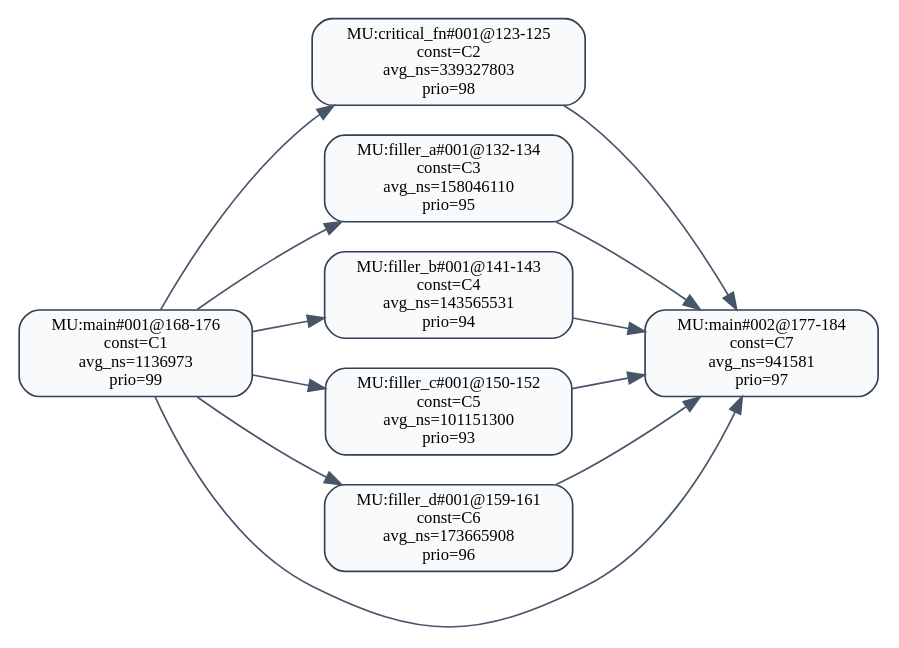
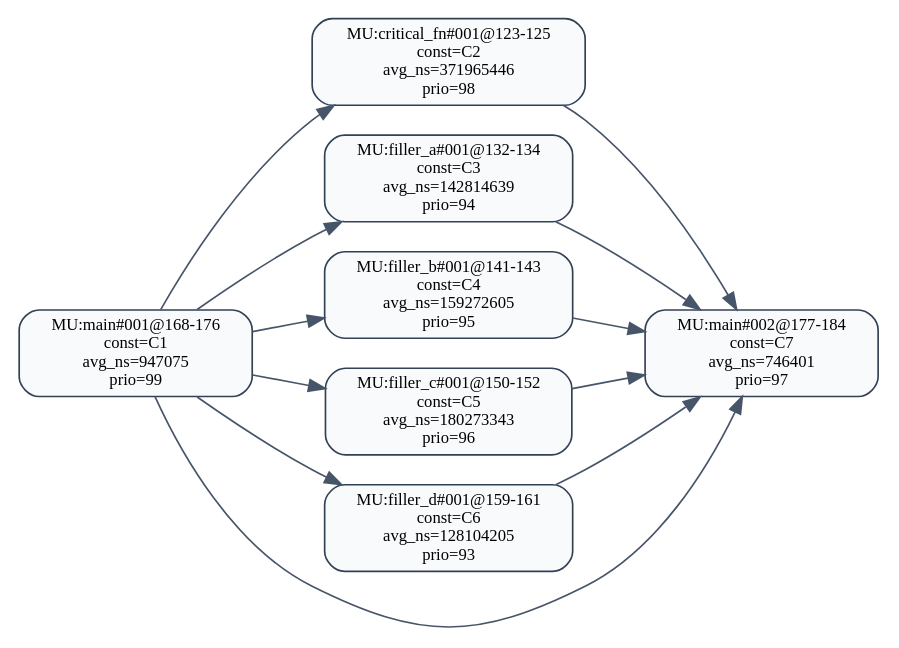
The diagram in 中间结果/zhang7/pipeline/validation/level2/effective_line_merge/zhao2020/dag_seg_annotated.dot (RTS-SYSU/DAG-Gen), drawn with Graphviz before and after one commit. The commit also changed 6291 other files, not shown here.

```diff
--- a/中间结果/zhang7/pipeline/validation/level2/effective_line_merge/zhao2020/dag_seg_annotated.dot
+++ b/中间结果/zhang7/pipeline/validation/level2/effective_line_merge/zhao2020/dag_seg_annotated.dot
@@ -1,23 +1,23 @@
 digraph dag_seg_annotated {
   rankdir=LR;
   node [shape=box, style="rounded,filled", fillcolor="#F8FAFC", color="#334155", fontsize=10];
   edge [color="#475569"];
-  "MU:critical_fn#001@123-125" [label="MU:critical_fn#001@123-125\nconst=C2\navg_ns=339327803\nprio=98"];
-  "MU:filler_a#001@132-134" [label="MU:filler_a#001@132-134\nconst=C3\navg_ns=158046110\nprio=95"];
-  "MU:filler_b#001@141-143" [label="MU:filler_b#001@141-143\nconst=C4\navg_ns=143565531\nprio=94"];
-  "MU:filler_c#001@150-152" [label="MU:filler_c#001@150-152\nconst=C5\navg_ns=101151300\nprio=93"];
-  "MU:filler_d#001@159-161" [label="MU:filler_d#001@159-161\nconst=C6\navg_ns=173665908\nprio=96"];
-  "MU:main#001@168-176" [label="MU:main#001@168-176\nconst=C1\navg_ns=1136973\nprio=99"];
-  "MU:main#002@177-184" [label="MU:main#002@177-184\nconst=C7\navg_ns=941581\nprio=97"];
+  "MU:critical_fn#001@123-125" [label="MU:critical_fn#001@123-125\nconst=C2\navg_ns=371965446\nprio=98"];
+  "MU:filler_a#001@132-134" [label="MU:filler_a#001@132-134\nconst=C3\navg_ns=142814639\nprio=94"];
+  "MU:filler_b#001@141-143" [label="MU:filler_b#001@141-143\nconst=C4\navg_ns=159272605\nprio=95"];
+  "MU:filler_c#001@150-152" [label="MU:filler_c#001@150-152\nconst=C5\navg_ns=180273343\nprio=96"];
+  "MU:filler_d#001@159-161" [label="MU:filler_d#001@159-161\nconst=C6\navg_ns=128104205\nprio=93"];
+  "MU:main#001@168-176" [label="MU:main#001@168-176\nconst=C1\navg_ns=947075\nprio=99"];
+  "MU:main#002@177-184" [label="MU:main#002@177-184\nconst=C7\navg_ns=746401\nprio=97"];
   "MU:main#001@168-176" -> "MU:main#002@177-184";
   "MU:main#001@168-176" -> "MU:filler_a#001@132-134";
   "MU:main#001@168-176" -> "MU:filler_b#001@141-143";
   "MU:main#001@168-176" -> "MU:filler_c#001@150-152";
   "MU:main#001@168-176" -> "MU:filler_d#001@159-161";
   "MU:main#001@168-176" -> "MU:critical_fn#001@123-125";
   "MU:critical_fn#001@123-125" -> "MU:main#002@177-184";
   "MU:filler_a#001@132-134" -> "MU:main#002@177-184";
   "MU:filler_b#001@141-143" -> "MU:main#002@177-184";
   "MU:filler_c#001@150-152" -> "MU:main#002@177-184";
   "MU:filler_d#001@159-161" -> "MU:main#002@177-184";
 }
```
